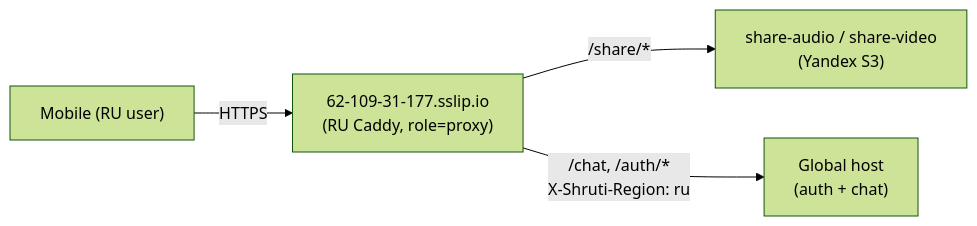
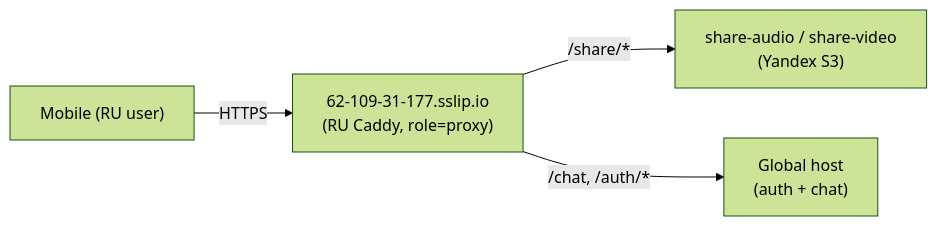
Before and after one commit to jiva-studio/shruti: the diagram in infra/app/README.md, drawn with Mermaid (forest theme). The commit also changed other lines of this file and 26 other files, not shown here.

First line of the commit message:
chore(chat): remove the X-Shruti-Region PII gate

````diff
--- a/infra/app/README.md
+++ b/infra/app/README.md
@@ -59,11 +62,11 @@
 ```mermaid
 flowchart LR
     Mobile["Mobile (RU user)"]
     RUCaddy["62-109-31-177.sslip.io<br/>(RU Caddy, role=proxy)"]
     ShareLocal["share-audio / share-video<br/>(Yandex S3)"]
     Global["Global host<br/>(auth + chat)"]
 
     Mobile -->|HTTPS| RUCaddy
     RUCaddy -->|"/share/*"| ShareLocal
-    RUCaddy -->|"/chat, /auth/*<br/>X-Shruti-Region: ru"| Global
+    RUCaddy -->|"/chat, /auth/*"| Global
 ```
````
